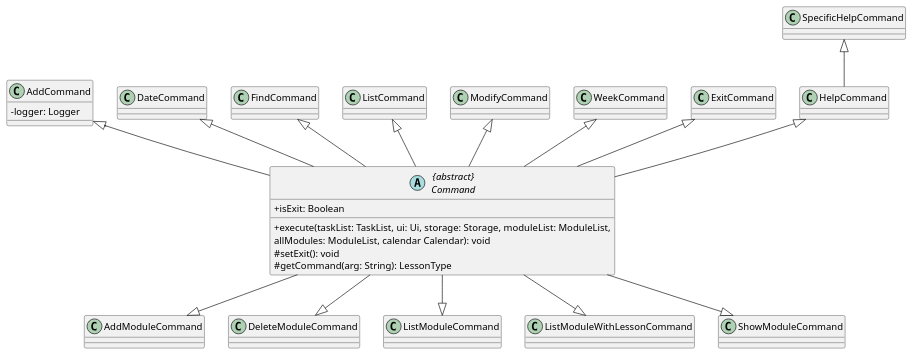
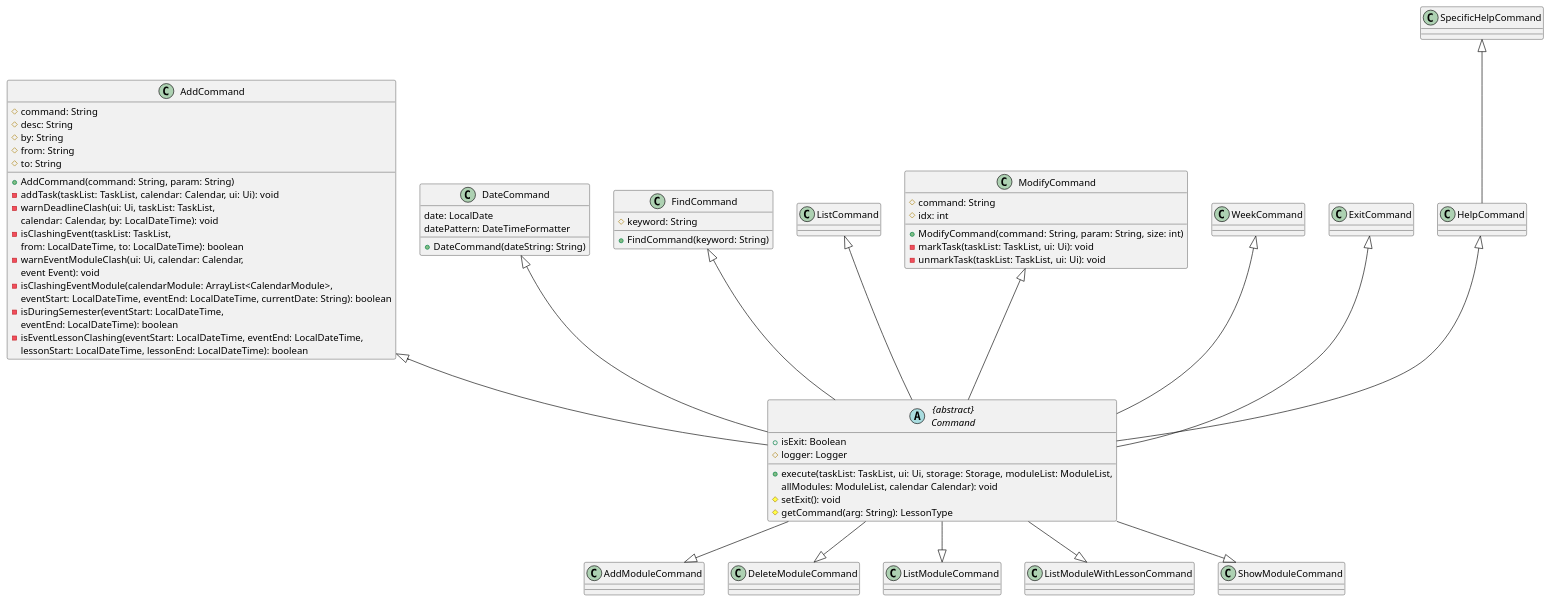
Before and after one commit to nus-cs2113-AY2223S2/tp: the diagram in docs/uml-source/class/Command.puml, drawn with PlantUML. The commit also changed 2 other files, not shown here.

Commit message:
Class diagram: Task Commands

```diff
--- a/docs/uml-source/class/Command.puml
+++ b/docs/uml-source/class/Command.puml
@@ -1,59 +1,91 @@
 @startuml
 'https://plantuml.com/class-diagram
-skinparam classAttributeIconSize 0
-skinparam maxMessageSize 150
+'skinparam classAttributeIconSize 0
 
 abstract class "{abstract}\nCommand" as Command {
 + isExit: Boolean
+# logger: Logger
 + execute(taskList: TaskList, ui: Ui, storage: Storage, moduleList: ModuleList,
 allModules: ModuleList, calendar Calendar): void
 # setExit(): void
 # getCommand(arg: String): LessonType
 }
 
 class AddCommand {
-- logger: Logger
+# command: String
+# desc: String
+# by: String
+# from: String
+# to: String
+__
++ AddCommand(command: String, param: String)
+- addTask(taskList: TaskList, calendar: Calendar, ui: Ui): void
+- warnDeadlineClash(ui: Ui, taskList: TaskList,
+calendar: Calendar, by: LocalDateTime): void
+- isClashingEvent(taskList: TaskList,
+from: LocalDateTime, to: LocalDateTime): boolean
+- warnEventModuleClash(ui: Ui, calendar: Calendar,
+event Event): void
+- isClashingEventModule(calendarModule: ArrayList<CalendarModule>,
+eventStart: LocalDateTime, eventEnd: LocalDateTime, currentDate: String): boolean
+- isDuringSemester(eventStart: LocalDateTime,
+eventEnd: LocalDateTime): boolean
+- isEventLessonClashing(eventStart: LocalDateTime, eventEnd: LocalDateTime,
+lessonStart: LocalDateTime, lessonEnd: LocalDateTime): boolean
 }
 AddCommand <|-- Command
 
-class DateCommand
+class DateCommand {
+date: LocalDate
+datePattern: DateTimeFormatter
++ DateCommand(dateString: String)
+}
 DateCommand <|-- Command
 
-class FindCommand
+class FindCommand{
+# keyword: String
++ FindCommand(keyword: String)
+}
 FindCommand <|-- Command
 
 class ListCommand
 ListCommand <|-- Command
 
-class ModifyCommand
+class ModifyCommand{
+# command: String
+# idx: int
++ModifyCommand(command: String, param: String, size: int)
+-markTask(taskList: TaskList, ui: Ui): void
+-unmarkTask(taskList: TaskList, ui: Ui): void
+}
 ModifyCommand <|-- Command
 
 class WeekCommand
 WeekCommand <|-- Command
 
 class ExitCommand
 ExitCommand <|-- Command
 
 class HelpCommand
 HelpCommand <|-- Command
 
 class SpecificHelpCommand {
 }
 SpecificHelpCommand <|-- HelpCommand
 
 class AddModuleCommand
 Command --|> AddModuleCommand
 
 class DeleteModuleCommand
 Command --|> DeleteModuleCommand
 
 class ListModuleCommand
 Command --|> ListModuleCommand
 
 class ListModuleWithLessonCommand
 Command --|> ListModuleWithLessonCommand
 
 class ShowModuleCommand
 Command --|> ShowModuleCommand
 
 @enduml
```
